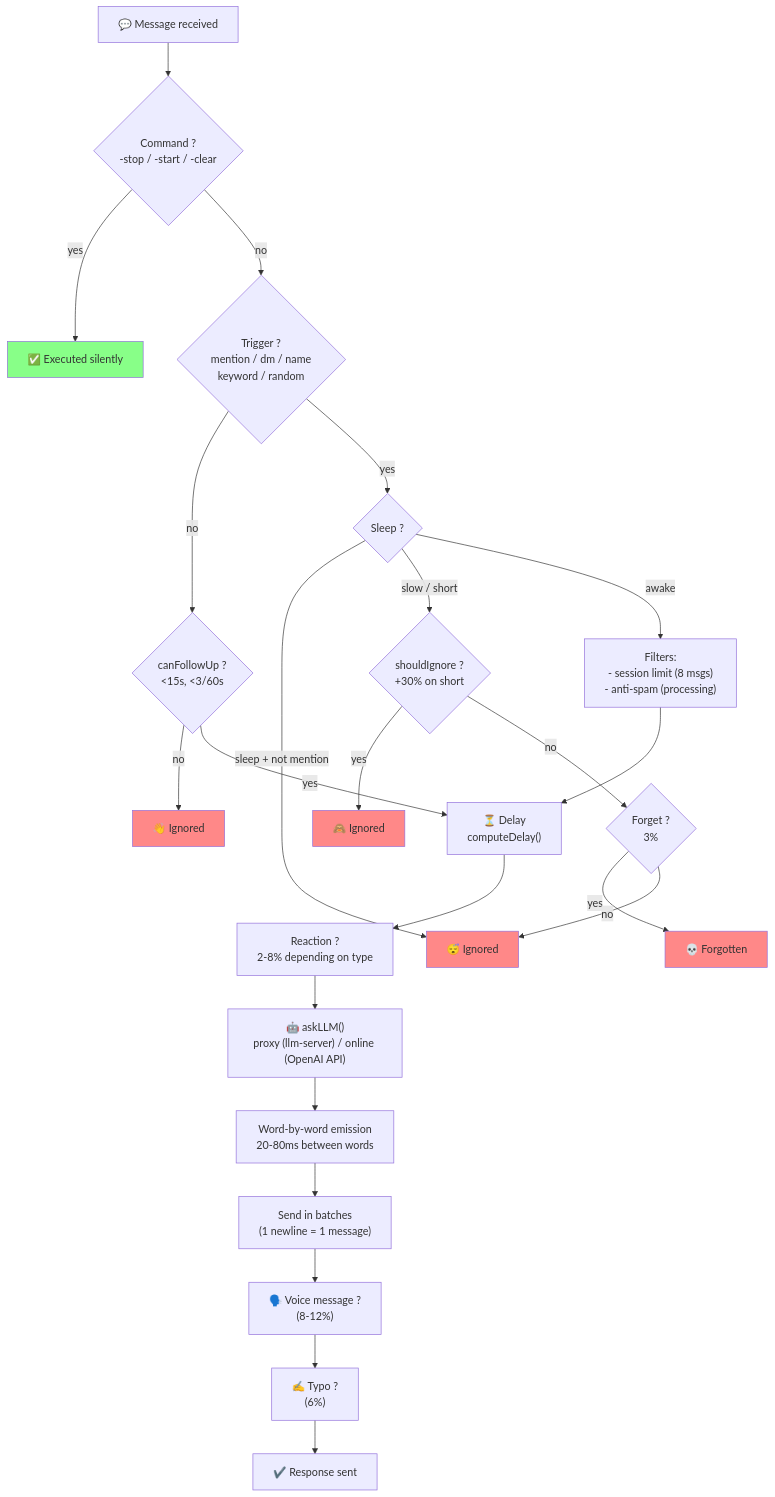
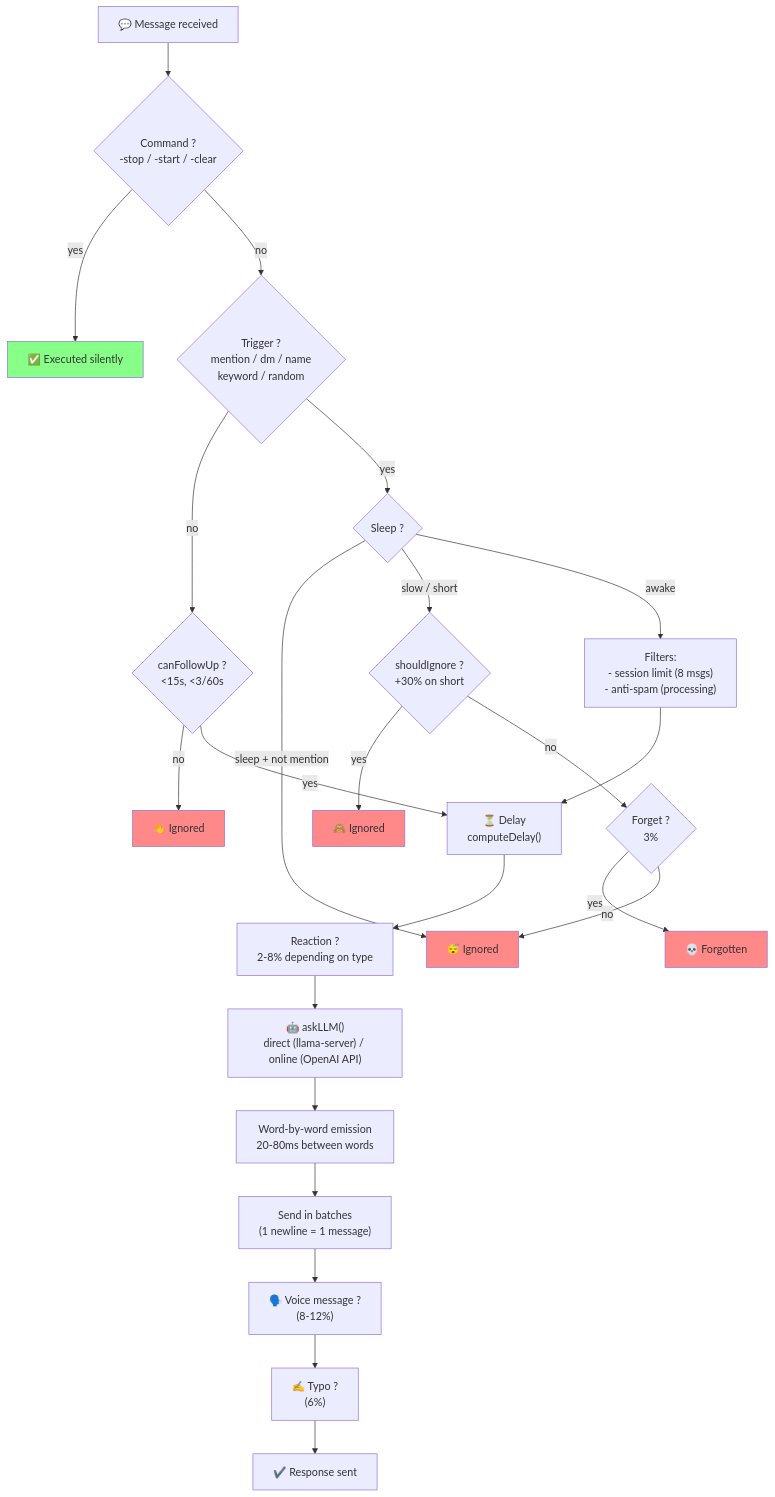
Before and after one commit to protocol-luna/krystal: the diagram in state-machines/readme-diagrams/r01.mmd, drawn with Mermaid. The commit also changed 41 other files, not shown here.

First line of the commit message:
rename proxy → direct mode, update all docs and diagrams

```diff
--- a/state-machines/readme-diagrams/r01.mmd
+++ b/state-machines/readme-diagrams/r01.mmd
@@ -1,35 +1,35 @@
 flowchart TD
     A["💬 Message received"] --> CMD{"Command ?<br/>-stop / -start / -clear"}
     CMD -->|"yes"| CMD_OK["✅ Executed silently"]
 
     CMD -->|"no"| TRIG{"Trigger ?<br/>mention / dm / name<br/>keyword / random"}
     TRIG -->|"no"| FUP{"canFollowUp ?<br/><15s, <3/60s"}
     FUP -->|"no"| END["👋 Ignored"]
 
     TRIG -->|"yes"| SLEEP{"Sleep ?"}
     SLEEP -->|"sleep + not mention"| IGNORE_SLP["😴 Ignored"]
     SLEEP -->|"slow / short"| IGNORE_ROLL{"shouldIgnore ?<br/>+30% on short"}
     IGNORE_ROLL -->|"yes"| IGNORED["🙈 Ignored"]
     IGNORE_ROLL -->|"no"| FORGET{"Forget ?<br/>3%"}
     FORGET -->|"yes"| FORGOT["💀 Forgotten"]
     FORGET -->|"no"| IGNORE_SLP
 
     SLEEP -->|"awake"| FILTERS["Filters:<br/>- session limit (8 msgs)<br/>- anti-spam (processing)"]
     FILTERS --> DELAY["⏳ Delay<br/>computeDelay()"]
 
     DELAY --> REACT["Reaction ?<br/>2-8% depending on type"]
-    REACT --> LLM["🤖 askLLM()<br/>proxy (llm-server) / online (OpenAI API)"]
+    REACT --> LLM["🤖 askLLM()<br/>direct (llama-server) / online (OpenAI API)"]
 
     LLM --> STREAM["Word-by-word emission<br/>20-80ms between words"]
     STREAM --> FLUSH["Send in batches<br/>(1 newline = 1 message)"]
     FLUSH --> TTS["🗣️ Voice message ?<br/>(8-12%)"]
     TTS --> TYPO["✍️ Typo ?<br/>(6%)"]
     TYPO --> DONE["✔️ Response sent"]
 
     FUP -->|"yes"| DELAY
 
     style CMD_OK fill:#8f8
     style END fill:#f88
     style IGNORE_SLP fill:#f88
     style IGNORED fill:#f88
     style FORGOT fill:#f88
```
